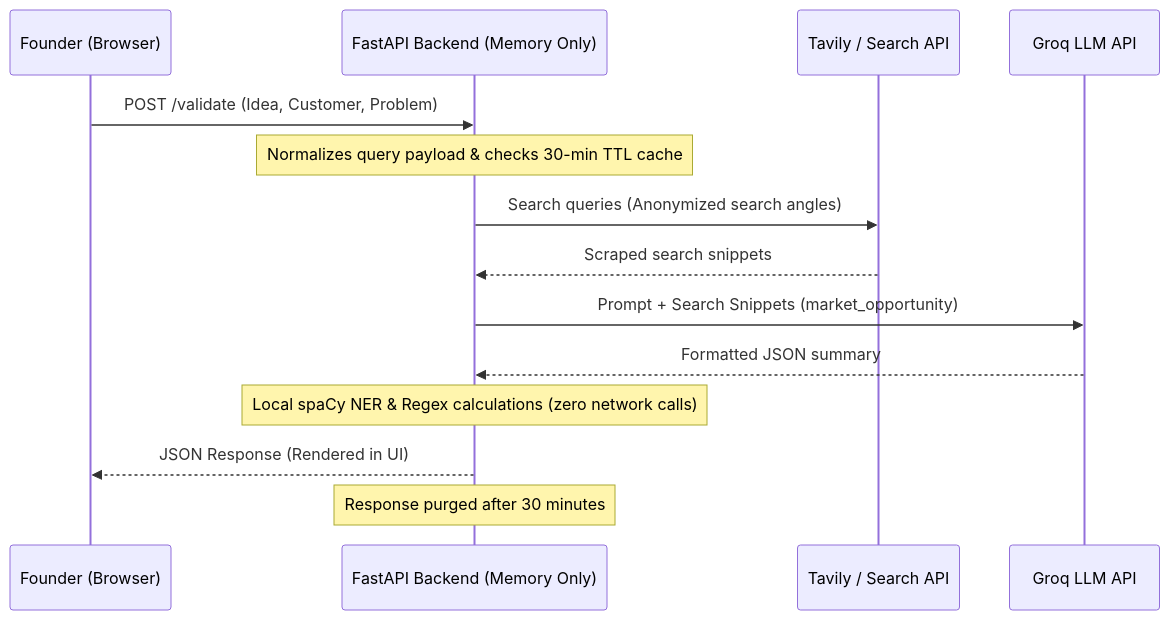
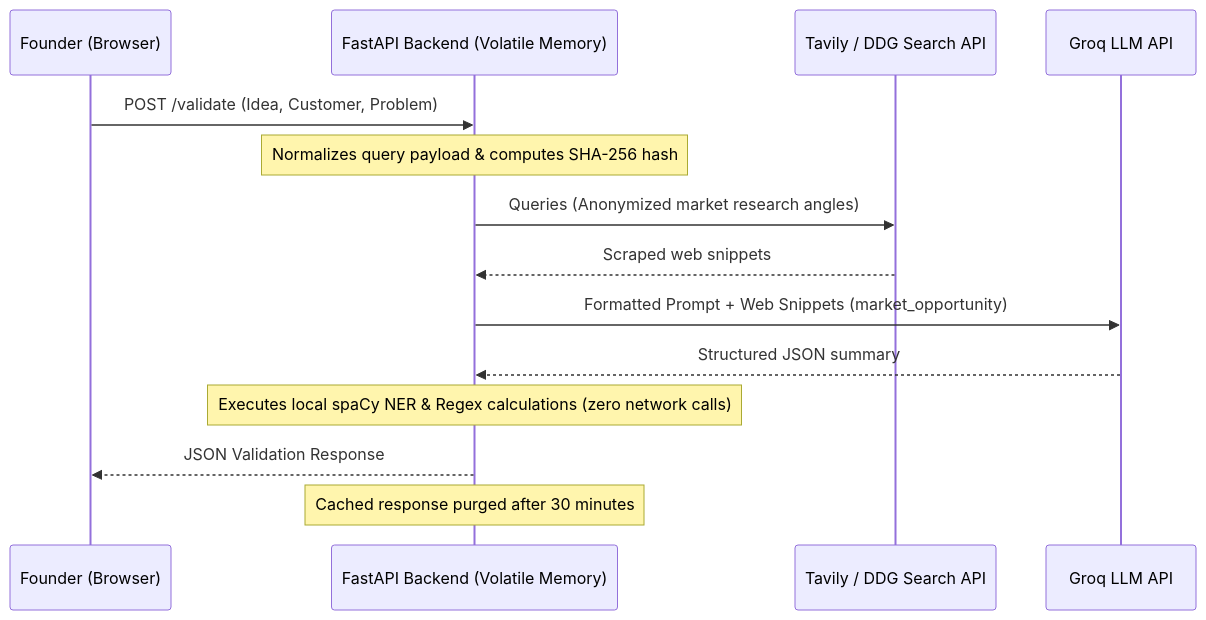
Before and after one commit to Yasaswini-ch/Development-of-AI-Based-Startup-Idea-Validator-with-Market-Analysis-Assistance: the diagram in docs/security-privacy-ethics.md, drawn with Mermaid. The commit also changed other lines of this file and 6 other files, not shown here.

Commit message:
Enrich documentation suite: detailed prompt design, security/ethics, API spec, GTM strategy, and ops runbook

````diff
--- a/docs/security-privacy-ethics.md
+++ b/docs/security-privacy-ethics.md
@@ -23,17 +24,17 @@
 ```mermaid
 sequenceDiagram
     participant Founder as Founder (Browser)
-    participant API as FastAPI Backend (Memory Only)
-    participant Tavily as Tavily / Search API
-    participant Groq as Groq LLM API
+    participant API as FastAPI Backend (Volatile Memory)
+    participant Search as Tavily / DDG Search API
+    participant LLM as Groq LLM API
 
     Founder->>API: POST /validate (Idea, Customer, Problem)
-    Note over API: Normalizes query payload & checks 30-min TTL cache
-    API->>Tavily: Search queries (Anonymized search angles)
-    Tavily-->>API: Scraped search snippets
-    API->>Groq: Prompt + Search Snippets (market_opportunity)
-    Groq-->>API: Formatted JSON summary
-    Note over API: Local spaCy NER & Regex calculations (zero network calls)
-    API-->>Founder: JSON Response (Rendered in UI)
-    Note over API: Response purged after 30 minutes
+    Note over API: Normalizes query payload & computes SHA-256 hash
+    API->>Search: Queries (Anonymized market research angles)
+    Search-->>API: Scraped web snippets
+    API->>LLM: Formatted Prompt + Web Snippets (market_opportunity)
+    LLM-->>API: Structured JSON summary
+    Note over API: Executes local spaCy NER & Regex calculations (zero network calls)
+    API-->>Founder: JSON Validation Response
+    Note over API: Cached response purged after 30 minutes
 ```
````
